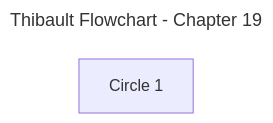
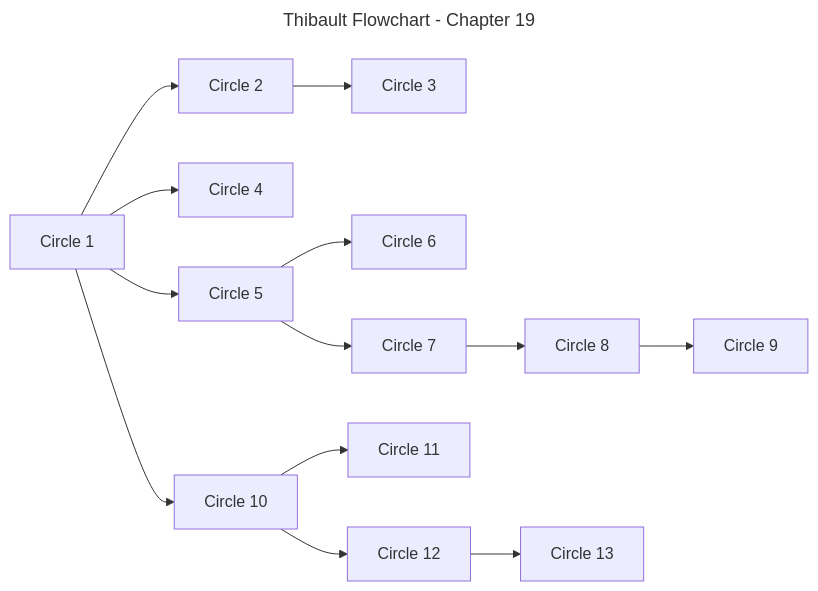
Before and after one commit to aquesnel/thibault-flowchart: the diagram in flowchart-per-chapter/chapter-19.mmd, drawn with Mermaid.

Commit message:
feat(ch19): initial flowchart of the circles

```diff
--- a/flowchart-per-chapter/chapter-19.mmd
+++ b/flowchart-per-chapter/chapter-19.mmd
@@ -1,10 +1,36 @@
 ---
 title: Thibault Flowchart - Chapter 19
 config:
   layout: dagre
   flowchart:
     htmlLabels: false
 ---
 flowchart LR
-	%% Nodes
-	B1_T19_C01["Circle 1"]
+    %% Nodes
+    B1_T19_C01["Circle 1"]
+    B1_T19_C02["Circle 2"]
+    B1_T19_C03["Circle 3"]
+    B1_T19_C04["Circle 4"]
+    B1_T19_C05["Circle 5"]
+    B1_T19_C06["Circle 6"]
+    B1_T19_C07["Circle 7"]
+    B1_T19_C08["Circle 8"]
+    B1_T19_C09["Circle 9"]
+    B1_T19_C10["Circle 10"]
+    B1_T19_C11["Circle 11"]
+    B1_T19_C12["Circle 12"]
+    B1_T19_C13["Circle 13"]
+
+    %% Edges
+    B1_T19_C01 --> B1_T19_C02
+    B1_T19_C02 --> B1_T19_C03
+    B1_T19_C01 --> B1_T19_C04
+    B1_T19_C01 --> B1_T19_C05
+    B1_T19_C05 --> B1_T19_C06
+    B1_T19_C05 --> B1_T19_C07
+    B1_T19_C07 --> B1_T19_C08
+    B1_T19_C08 --> B1_T19_C09
+    B1_T19_C01 --> B1_T19_C10
+    B1_T19_C10 --> B1_T19_C11
+    B1_T19_C10 --> B1_T19_C12
+    B1_T19_C12 --> B1_T19_C13
```
